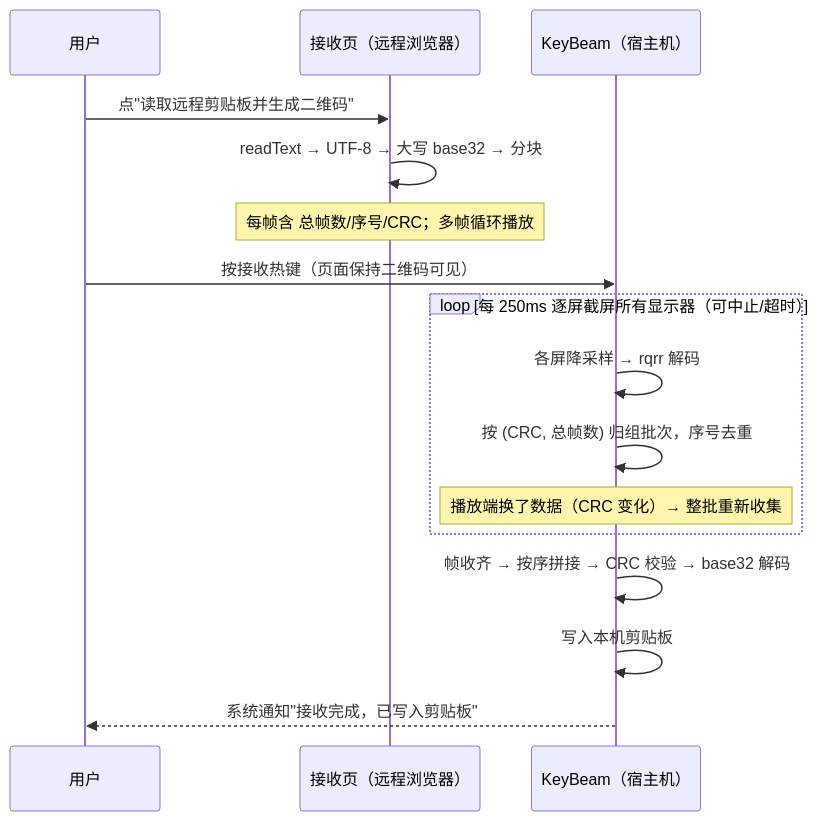
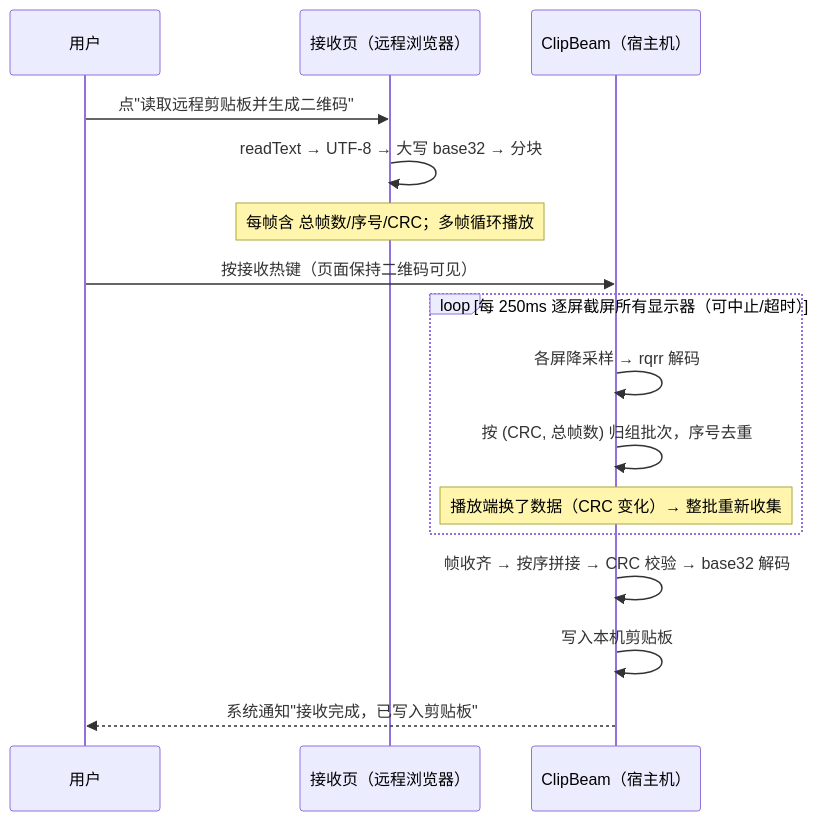
The third of 4 diagrams in README.md (qzsiniong/ClipBeam), drawn with Mermaid before and after one commit. The commit also changed other lines of this file and 15 other files, not shown here.

First line of the commit message:
chore: 重命名项目为 ClipBeam 并更新所有相关标识

````diff
--- a/README.md
+++ b/README.md
@@ -96,19 +96,19 @@
 ```mermaid
 sequenceDiagram
     participant U as 用户
     participant Page as 接收页（远程浏览器）
-    participant App as KeyBeam（宿主机）
+    participant App as ClipBeam（宿主机）
 
     U->>Page: 点"读取远程剪贴板并生成二维码"
     Page->>Page: readText → UTF-8 → 大写 base32 → 分块
     Note over Page: 每帧含 总帧数/序号/CRC；多帧循环播放
     U->>App: 按接收热键（页面保持二维码可见）
     loop 每 250ms 逐屏截屏所有显示器（可中止/超时）
         App->>App: 各屏降采样 → rqrr 解码
         App->>App: 按 (CRC, 总帧数) 归组批次，序号去重
         Note over App: 播放端换了数据（CRC 变化）→ 整批重新收集
     end
     App->>App: 帧收齐 → 按序拼接 → CRC 校验 → base32 解码
     App->>App: 写入本机剪贴板
     App-->>U: 系统通知"接收完成，已写入剪贴板"
 ```
````
